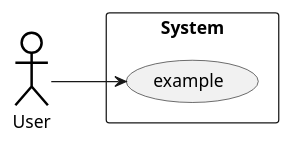
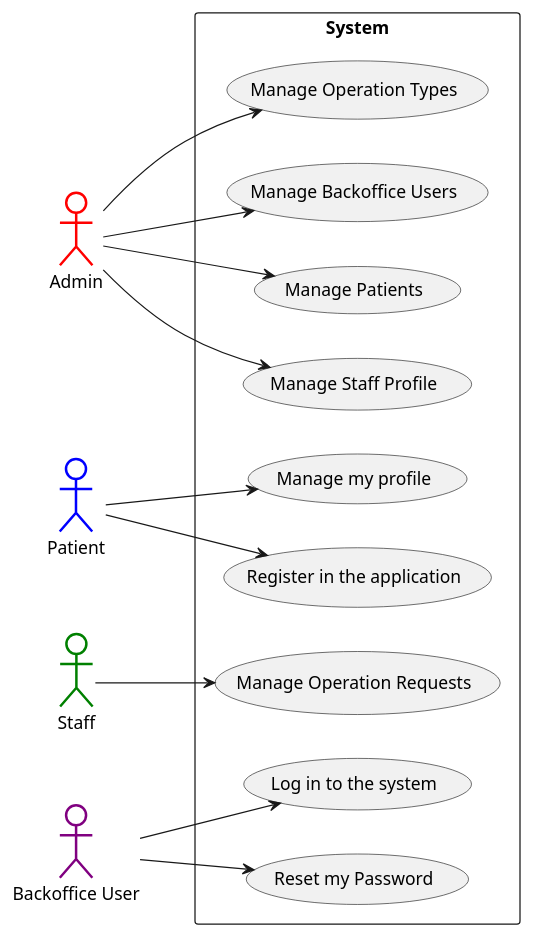
The diagram in docs/global-artifacts/01.requirements-engineering/puml/use-case-diagram.puml (vscosousa/LAPR5_3DC_G15), drawn with PlantUML before and after one commit. The commit also changed 1 other file, not shown here.

Commit message:
ref #6 Use Case Diagram
- Created actors and added use cases

```diff
--- a/docs/global-artifacts/01.requirements-engineering/puml/use-case-diagram.puml
+++ b/docs/global-artifacts/01.requirements-engineering/puml/use-case-diagram.puml
@@ -1,13 +1,33 @@
 @startuml
 
 left to right direction
 
-actor "User" as PM #white;line:black;line.bold;text:black
+actor "Admin" as AD #white;line:red;line.bold;text:black
+actor "Patient" as PA #white;line:blue;line.bold;text:black
+actor "Staff" as ST #white;line:green;line.bold;text:black
+actor "Backoffice User" as BU #white;line:purple;line.bold;text:black
 
-rectangle System {
-    usecase "example" as xxx
+rectangle System { 
+    usecase "Manage Backoffice Users" as US5_1_1
+    usecase "Manage Patients" as US5_1_8_9_10_11
+    usecase "Manage Staff Profile" as US5_1_12_13_14_15
+    usecase "Manage Operation Types" as US5_1_20_21_22_23
+    usecase "Register in the application" as US5_1_3
+    usecase "Manage my profile" as US5_1_4_5
+    usecase "Log in to the system" as US5_1_6
+    usecase "Reset my Password" as US5_1_2
+    usecase "Manage Operation Requests" as US5_1_16_17_18_19
 }
 
-PM --> xxx
+AD --> US5_1_1
+AD --> US5_1_8_9_10_11
+AD --> US5_1_12_13_14_15
+AD --> US5_1_20_21_22_23
+PA --> US5_1_3
+PA --> US5_1_4_5
+BU --> US5_1_6
+BU --> US5_1_2
+ST --> US5_1_16_17_18_19
+
 
 @enduml
```
